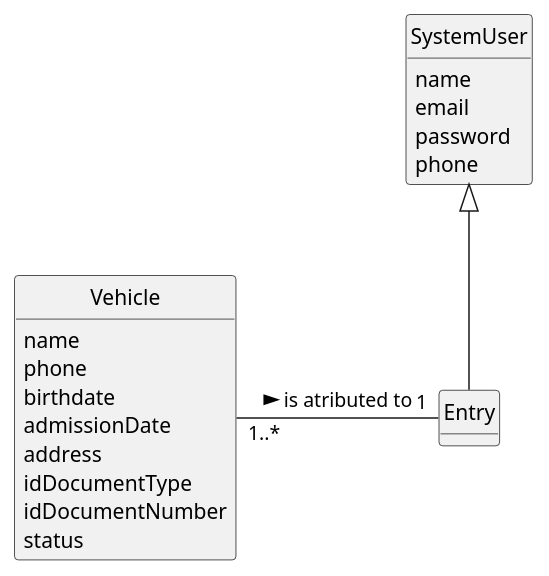
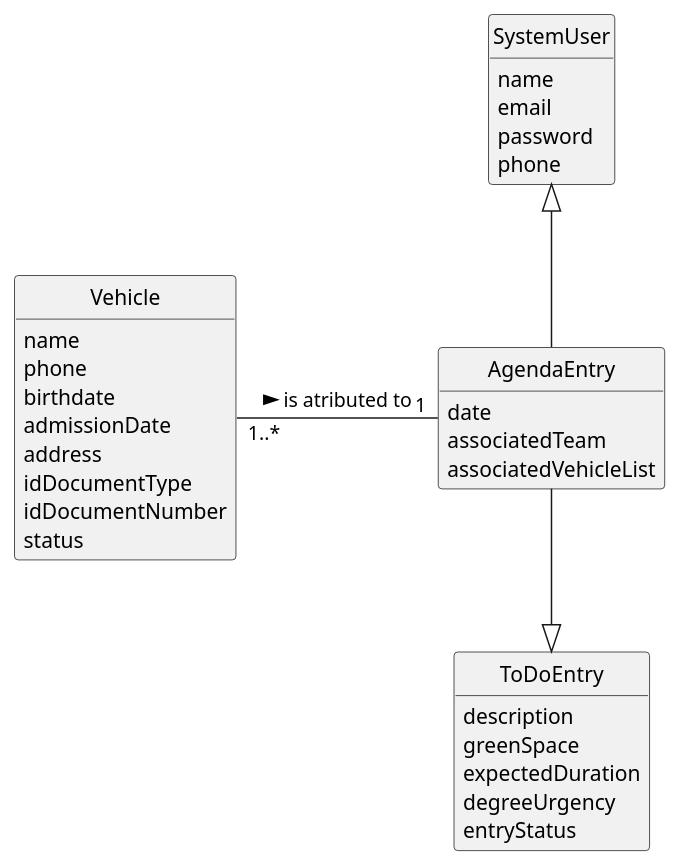
Before and after one commit to Departamento-de-Engenharia-Informatica/lei-24-s2-1do-g164: the diagram in docs/sprintC/us026/02.analysis/puml/us026-domain-model.puml, drawn with PlantUML. The commit also changed 25 other files, not shown here.

```diff
--- a/docs/sprintC/us026/02.analysis/puml/us026-domain-model.puml
+++ b/docs/sprintC/us026/02.analysis/puml/us026-domain-model.puml
@@ -1,42 +1,54 @@
 @startuml
 skinparam monochrome true
 skinparam packageStyle rectangle
 skinparam shadowing false
 
 'left to right direction
 
 skinparam classAttributeIconSize 0
 
 hide circle
 hide methods
 
 class SystemUser {
     name
     email
     password
     phone
 
 }
 
 
-class Entry {
-
+class AgendaEntry {
+    date
+    associatedTeam
+    associatedVehicleList
 }
-
 class Vehicle{
       name
       phone
       birthdate
       admissionDate
       address
       idDocumentType
       idDocumentNumber
       status
 }
 
 
 
 
-Vehicle "1..*" - "1" Entry: is atributed to >
-SystemUser <|-- Entry
+class ToDoEntry{
+    description
+         greenSpace
+         expectedDuration
+         degreeUrgency
+         entryStatus
+}
+
+
+
+Vehicle "1..*" - "1" AgendaEntry: is atributed to >
+SystemUser <|-- AgendaEntry
+AgendaEntry --|> ToDoEntry
 @enduml
```
